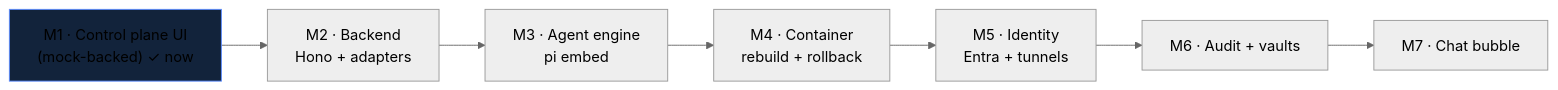
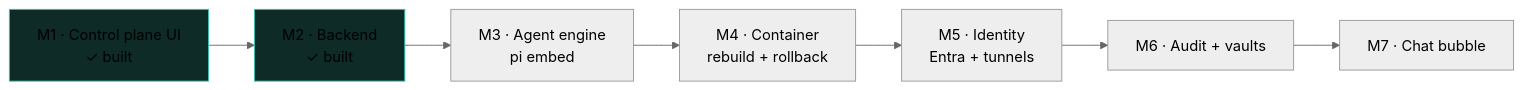
The third of 3 diagrams in README.md (DreamLab-AI/docBox), drawn with Mermaid (neutral theme) before and after one commit. The commit also changed other lines of this file and 44 other files, not shown here.

````diff
--- a/README.md
+++ b/README.md
@@ -120,10 +149,11 @@
 ```mermaid
 flowchart LR
-  M1["M1 · Control plane UI\n(mock-backed) ✓ now"] --> M2["M2 · Backend\nHono + adapters"]
+  M1["M1 · Control plane UI\n✓ built"] --> M2["M2 · Backend\n✓ built"]
   M2 --> M3["M3 · Agent engine\npi embed"]
   M3 --> M4["M4 · Container\nrebuild + rollback"]
   M4 --> M5["M5 · Identity\nEntra + tunnels"]
   M5 --> M6["M6 · Audit + vaults"]
   M6 --> M7["M7 · Chat bubble"]
-  style M1 fill:#12233b,stroke:#5b8cff
+  style M1 fill:#0e2b28,stroke:#33c2b4
+  style M2 fill:#0e2b28,stroke:#33c2b4
 ```
````
